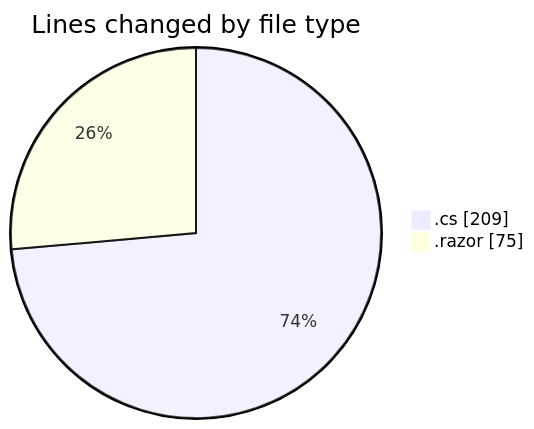
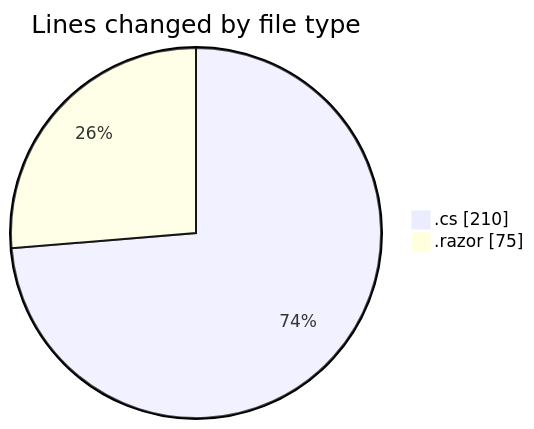
The first of 2 diagrams in 2025-03-30/front-end/README.md (Netris89/code-tracking), drawn with Mermaid before and after one commit. The commit also changed other lines of this file and 1 other file, not shown here.

````diff
--- a/2025-03-30/front-end/README.md
+++ b/2025-03-30/front-end/README.md
@@ -23,6 +23,6 @@
 ```mermaid
 pie showData
 title Lines changed by file type
-".cs" : 209
+".cs" : 210
 ".razor" : 75
 ```
````
